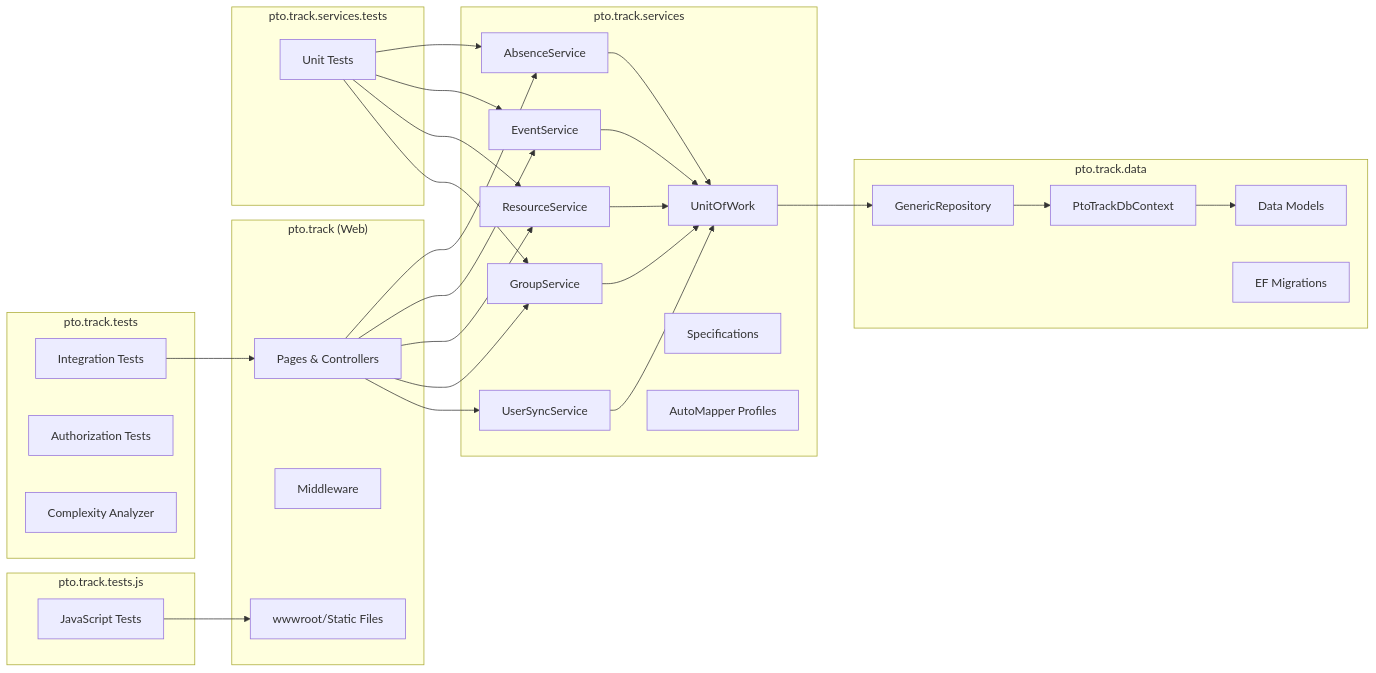
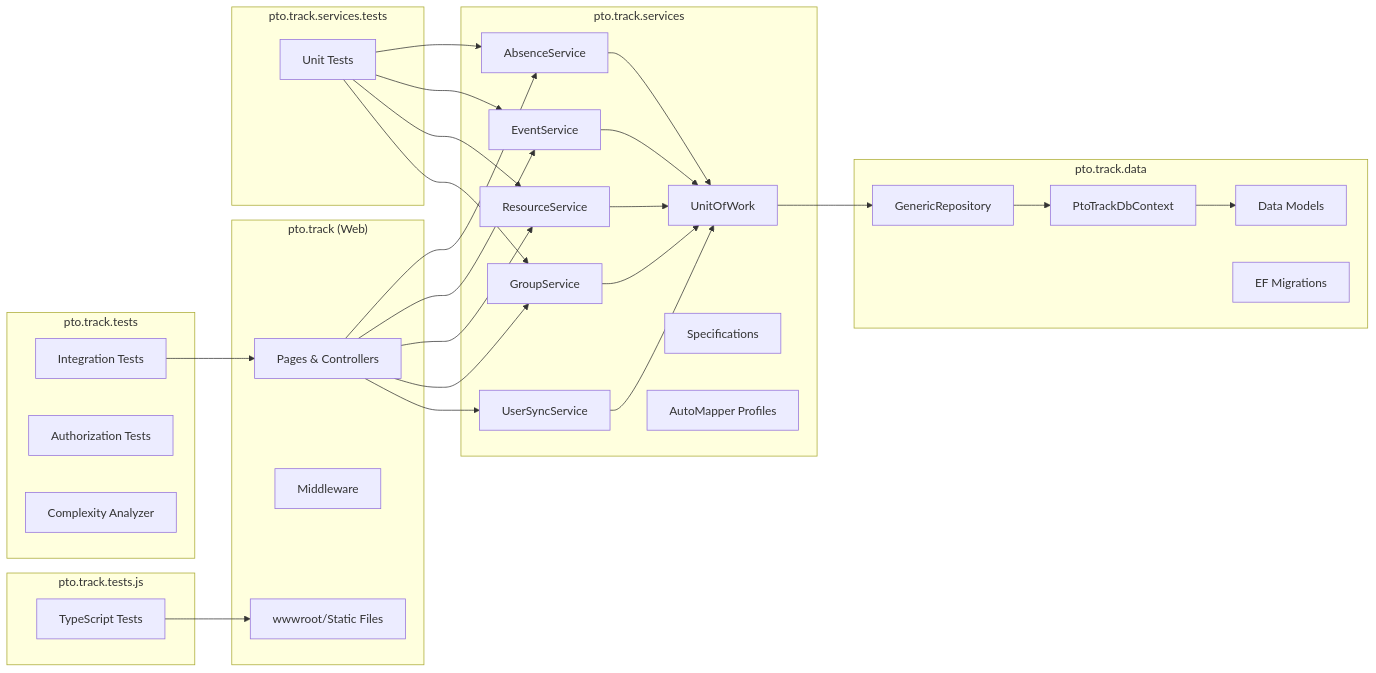
Before and after one commit to spinriko/calendar: the diagram in docs/arch/COMPONENT_ARCHITECTURE.md, drawn with Mermaid. The commit also changed 16 other files, not shown here.

Commit message:
Convert JavaScript tests to TypeScript and update documentation

````diff
--- a/docs/arch/COMPONENT_ARCHITECTURE.md
+++ b/docs/arch/COMPONENT_ARCHITECTURE.md
@@ -5,63 +5,63 @@
 ```mermaid
 graph LR
     subgraph "pto.track (Web)"
         PC[Pages & Controllers]
         MW[Middleware]
         WWWROOT[wwwroot/Static Files]
     end
 
     subgraph "pto.track.services"
         AS[AbsenceService]
         ES[EventService]
         RS[ResourceService]
         GS[GroupService]
         US[UserSyncService]
         UOW[UnitOfWork]
         SPEC[Specifications]
         MAP[AutoMapper Profiles]
     end
 
     subgraph "pto.track.data"
         CTX[PtoTrackDbContext]
         REPO[GenericRepository]
         MOD[Data Models]
         MIG[EF Migrations]
     end
 
     subgraph "pto.track.tests"
         INT[Integration Tests]
         AUTH[Authorization Tests]
         METRICS[Complexity Analyzer]
     end
 
     subgraph "pto.track.services.tests"
         UNIT[Unit Tests]
     end
 
     subgraph "pto.track.tests.js"
-        JSTEST[JavaScript Tests]
+        JSTEST[TypeScript Tests]
     end
 
     PC --> AS
     PC --> ES
     PC --> RS
     PC --> GS
     PC --> US
     
     AS --> UOW
     ES --> UOW
     RS --> UOW
     GS --> UOW
     US --> UOW
     
     UOW --> REPO
     REPO --> CTX
     CTX --> MOD
     
     INT --> PC
     UNIT --> AS
     UNIT --> ES
     UNIT --> RS
     UNIT --> GS
     JSTEST --> WWWROOT
 ```
````
